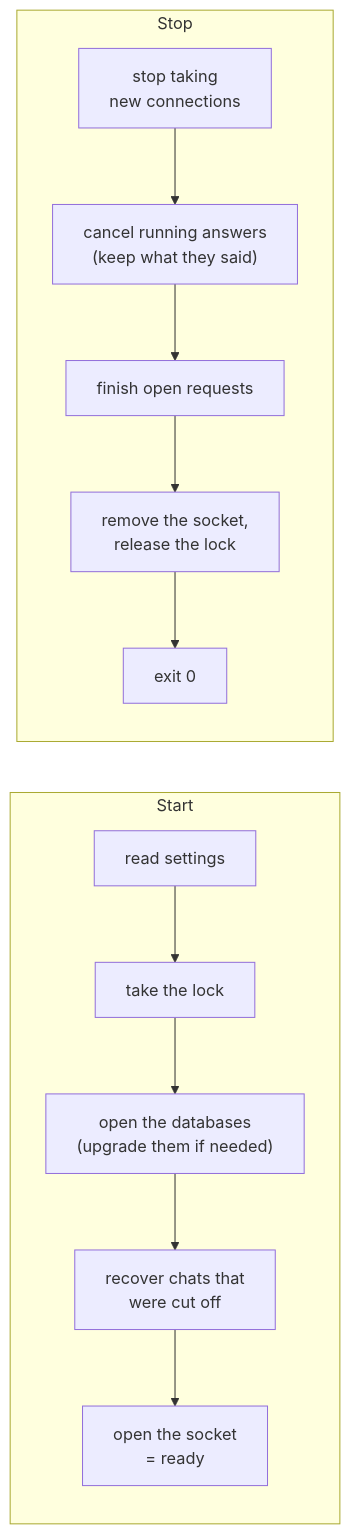
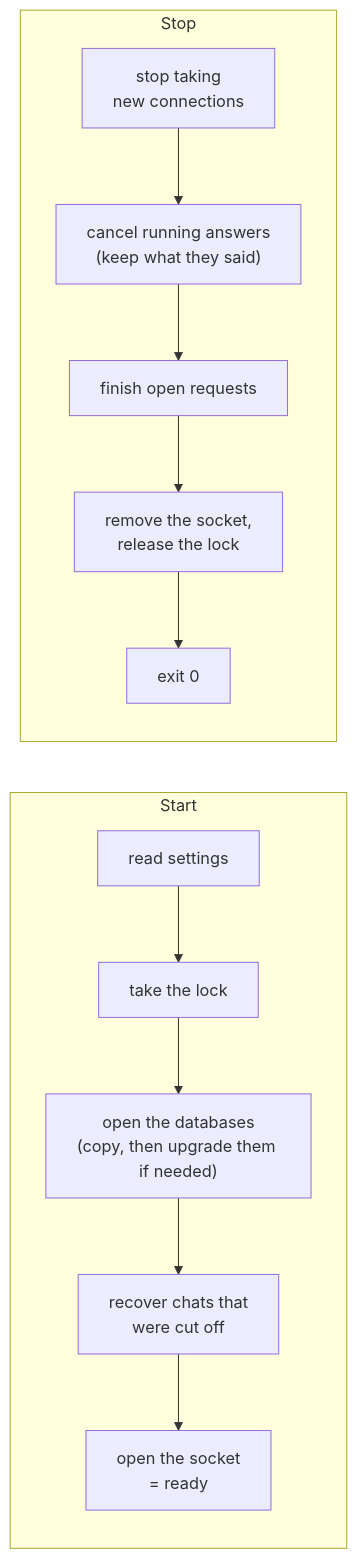
The eighth of 12 diagrams in docs/sre.md (MilanPavel/golem), drawn with Mermaid before and after one commit. The commit also changed other lines of this file and 20 other files, not shown here.

````diff
--- a/docs/sre.md
+++ b/docs/sre.md
@@ -263,9 +265,9 @@
 ```mermaid
 flowchart LR
   subgraph startup [Start]
-    s1[read settings] --> s2[take the lock] --> s3["open the databases<br/>(upgrade them if needed)"] --> s4[recover chats that<br/>were cut off] --> s5["open the socket<br/>= ready"]
+    s1[read settings] --> s2[take the lock] --> s3["open the databases<br/>(copy, then upgrade them if needed)"] --> s4[recover chats that<br/>were cut off] --> s5["open the socket<br/>= ready"]
   end
   subgraph shutdown [Stop]
     t1[stop taking<br/>new connections] --> t2["cancel running answers<br/>(keep what they said)"] --> t3[finish open requests] --> t4[remove the socket,<br/>release the lock] --> t5[exit 0]
   end
 ```
````
